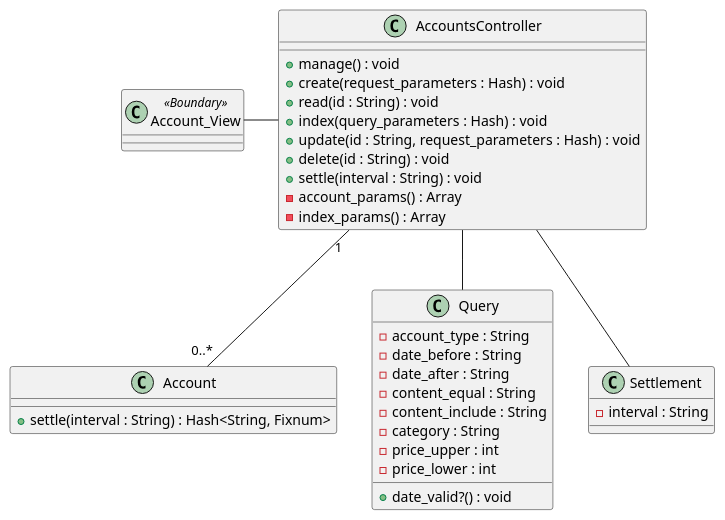
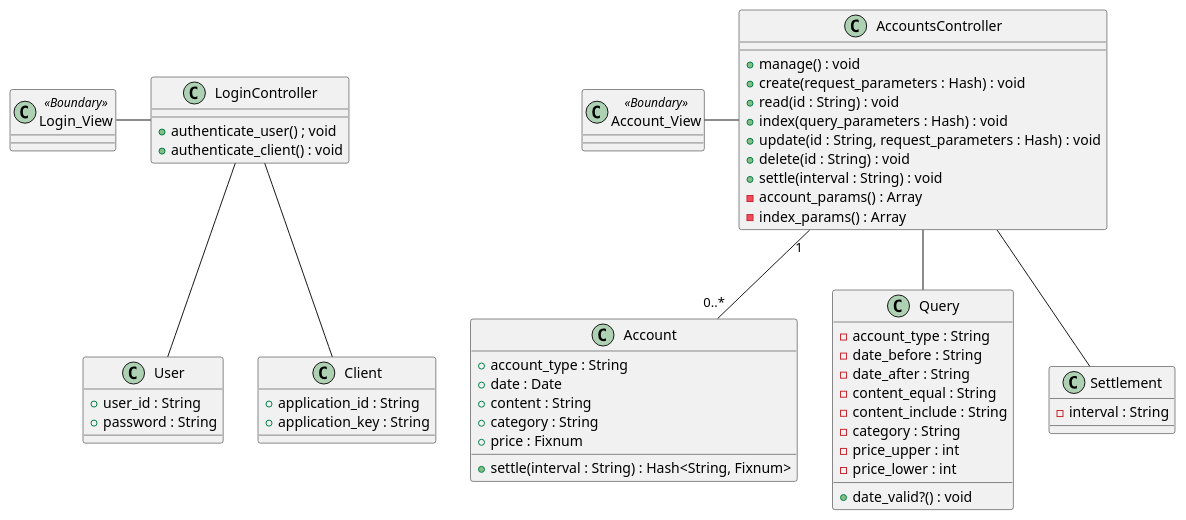
Before and after one commit to Leonis0813/chort: the first of 8 diagrams in algieba/sphinx/design_spec.rst, drawn with PlantUML. The commit also changed other lines of this file, not shown here.

```diff
--- a/algieba/sphinx/design_spec.rst
+++ b/algieba/sphinx/design_spec.rst
@@ -17,40 +17,64 @@
 .. uml::
 
+   class Login_View <<Boundary>>
    class Account_View <<Boundary>>
+
+   class LoginController {
+     + authenticate_user() ; void
+     + authenticate_client() : void
+   }
 
    class AccountsController {
      + manage() : void
      + create(request_parameters : Hash) : void
      + read(id : String) : void
      + index(query_parameters : Hash) : void
      + update(id : String, request_parameters : Hash) : void
      + delete(id : String) : void
      + settle(interval : String) : void
      - account_params() : Array
      - index_params() : Array
    }
 
+   class User {
+     + user_id : String
+     + password : String
+   }
+
+   class Client {
+     + application_id : String
+     + application_key : String
+   }
+
    class Account {
+     + account_type : String
+     + date : Date
+     + content : String
+     + category : String
+     + price : Fixnum
      + settle(interval : String) : Hash<String, Fixnum>
    }
 
    class Query {
      - account_type : String
      - date_before : String
      - date_after : String
      - content_equal : String
      - content_include : String
      - category : String
      - price_upper : int
      - price_lower : int
      + date_valid?() : void
    }
 
    class Settlement {
      - interval : String
    }
 
+   Login_View -right- LoginController
+   LoginController -- User
+   LoginController -- Client
    Account_View -right- AccountsController
    AccountsController "1" -- "0..*" Account
    AccountsController -- Query
    AccountsController -- Settlement
```
